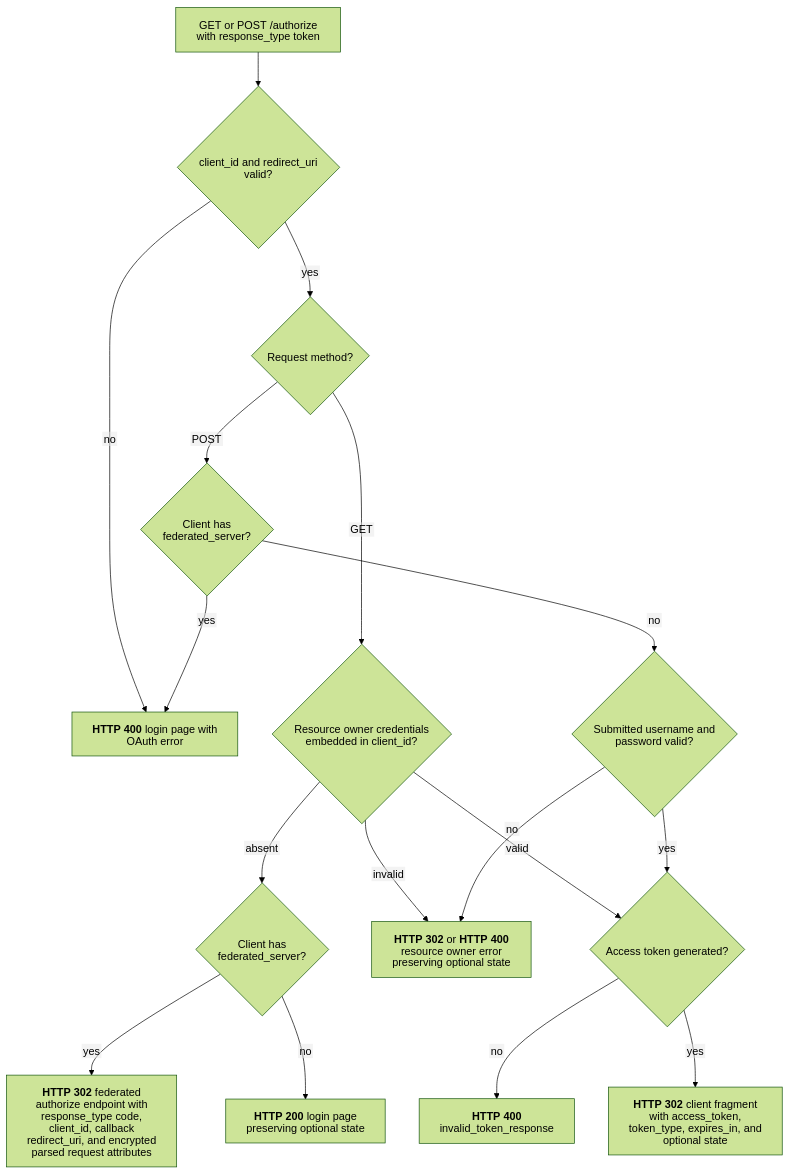
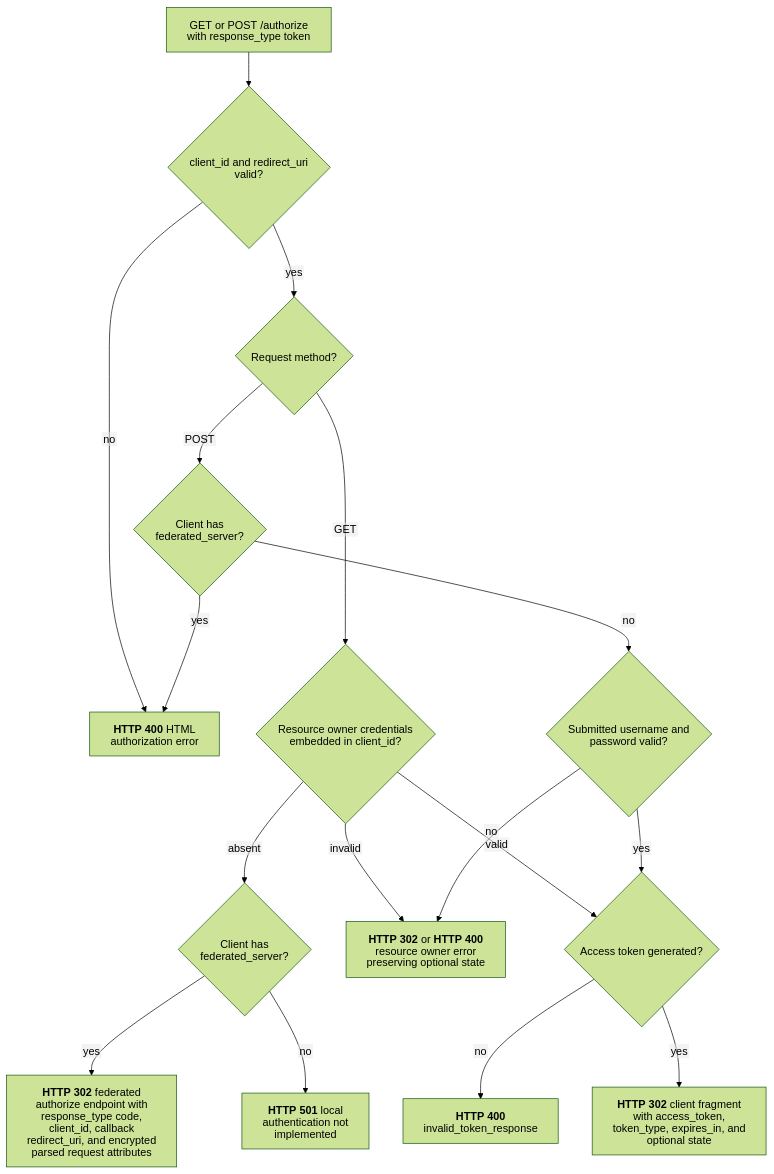
One commit to malach-it/kagome changed the diagram in docs/flows/oauth/implicit.mmd. Above: the diagram before and after it, drawn with Mermaid (forest theme). The commit also changed 16 other files, not shown here.

Commit message:
feat: remove local authorization login page

```diff
--- a/docs/flows/oauth/implicit.mmd
+++ b/docs/flows/oauth/implicit.mmd
@@ -1,18 +1,18 @@
 %%{init: {"htmlLabels": false, "flowchart": {"htmlLabels": false}}}%%
 flowchart TD
     start[GET or POST /authorize with response_type token] --> request{client_id and redirect_uri valid?}
-    request -- no --> request_error["`**HTTP 400** login page with OAuth error`"]
+    request -- no --> request_error["`**HTTP 400** HTML authorization error`"]
     request -- yes --> method{Request method?}
     method -- GET --> optional_owner{Resource owner credentials embedded in client_id?}
     optional_owner -- absent --> federation{Client has federated_server?}
     federation -- yes --> federated_redirect["`**HTTP 302** federated authorize endpoint with response_type code, client_id, callback redirect_uri, and encrypted parsed request attributes`"]
-    federation -- no --> login["`**HTTP 200** login page preserving optional state`"]
+    federation -- no --> not_implemented["`**HTTP 501** local authentication not implemented`"]
     optional_owner -- invalid --> owner_error["`**HTTP 302** or **HTTP 400** resource owner error preserving optional state`"]
     optional_owner -- valid --> generate
     method -- POST --> federated_post{Client has federated_server?}
     federated_post -- yes --> request_error
     federated_post -- no --> required_owner{Submitted username and password valid?}
     required_owner -- no --> owner_error
     required_owner -- yes --> generate{Access token generated?}
     generate -- no --> generation_error["`**HTTP 400** invalid_token_response`"]
     generate -- yes --> redirect["`**HTTP 302** client fragment with access_token, token_type, expires_in, and optional state`"]
```
